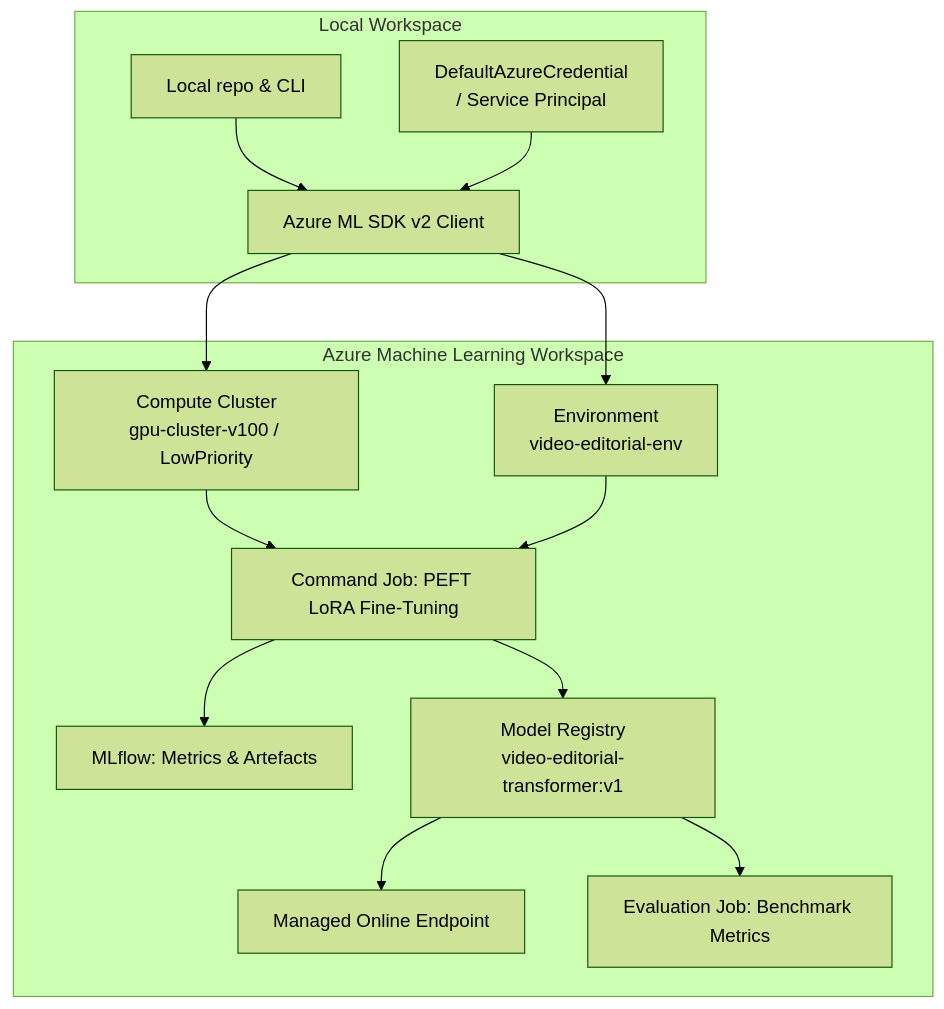
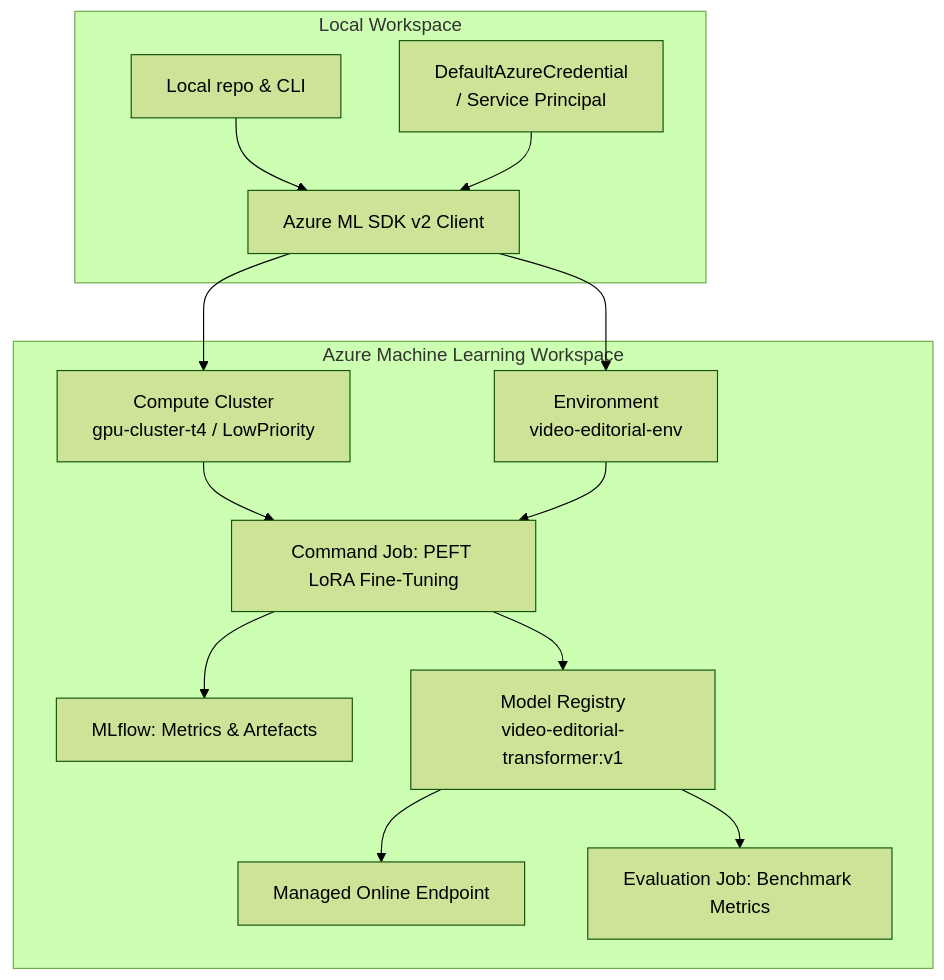
One commit to Nabilhassan12345/video-editorial-intelligence changed the diagram in docs/AZURE_MACHINE_LEARNING.md. Above: the diagram before and after it, drawn with Mermaid (forest theme). The commit also changed 17 other files, not shown here.

````diff
--- a/docs/AZURE_MACHINE_LEARNING.md
+++ b/docs/AZURE_MACHINE_LEARNING.md
@@ -21,17 +21,17 @@
 ```mermaid
 flowchart TD
     subgraph Local["Local Workspace"]
         A["Local repo & CLI"] --> B["Azure ML SDK v2 Client"]
         C["DefaultAzureCredential\n/ Service Principal"] --> B
     end
     subgraph AML["Azure Machine Learning Workspace"]
-        B --> D["Compute Cluster\ngpu-cluster-v100 / LowPriority"]
+        B --> D["Compute Cluster\ngpu-cluster-t4 / LowPriority"]
         B --> E["Environment\nvideo-editorial-env"]
         D --> F["Command Job: PEFT LoRA Fine-Tuning"]
         E --> F
         F --> G["MLflow: Metrics & Artefacts"]
         F --> H["Model Registry\nvideo-editorial-transformer:v1"]
         H --> I["Managed Online Endpoint"]
         H --> J["Evaluation Job: Benchmark Metrics"]
     end
 ```
````
